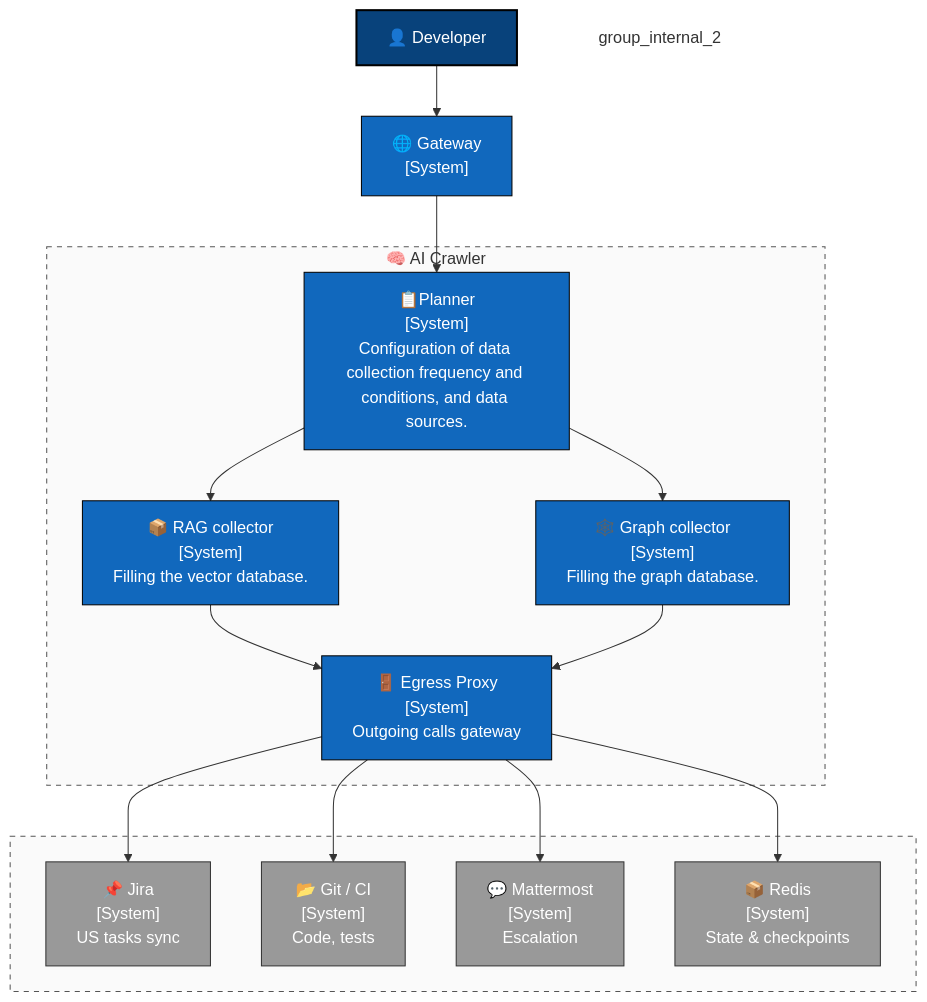
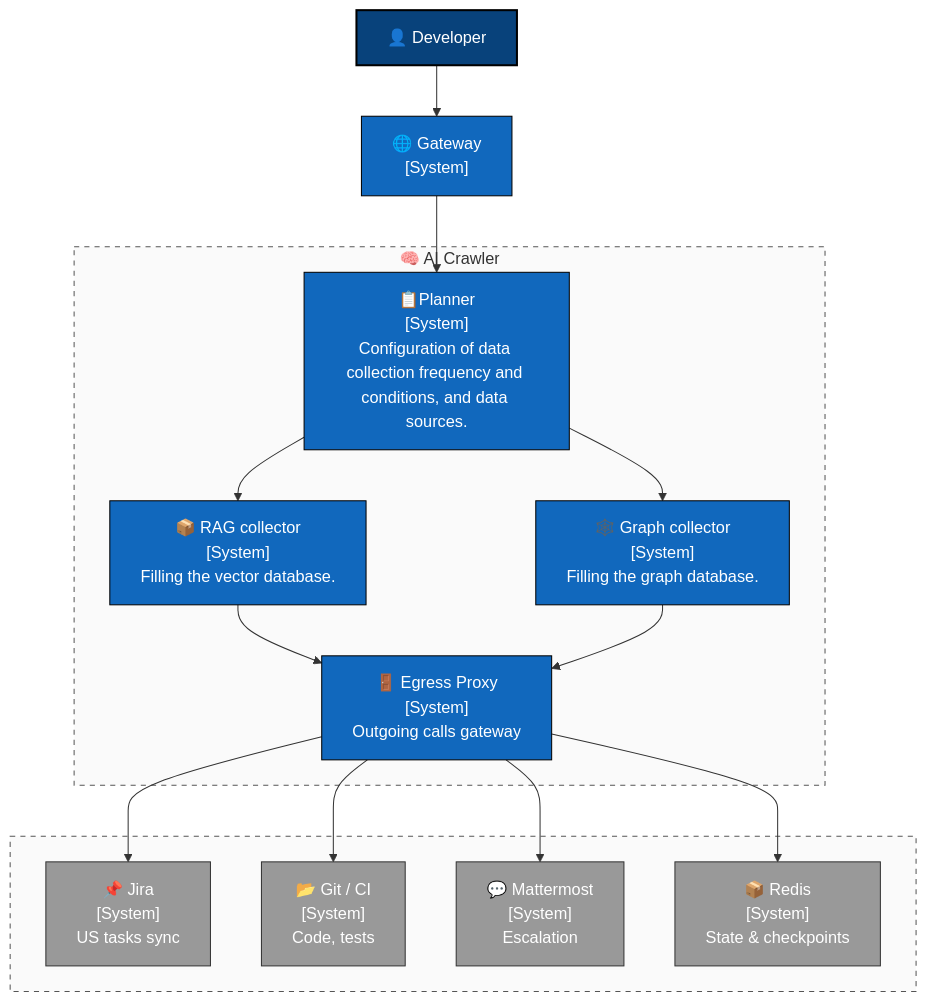
Before and after one commit to Kir-Za/MAS: the diagram in c4schemes_crawler/context_ai.mmd, drawn with Mermaid. The commit also changed 1 other file, not shown here.

```diff
--- a/c4schemes_crawler/context_ai.mmd
+++ b/c4schemes_crawler/context_ai.mmd
@@ -1,35 +1,34 @@
 flowchart TD
     classDef actor fill:#08427b,stroke:#000,color:#fff,stroke-width:2px;
     classDef system fill:#1168bd,stroke:#000,color:#fff;
     classDef container fill:#4DA0FF,stroke:#000,color:#000;
     classDef external fill:#999,stroke:#333,color:#fff;
 
     developer["👤 Developer"]:::actor
     gateway["🌐 Gateway<br/>[System]"]:::system
 
     subgraph group_internal_0["🧠 AI Crawler"]
         scheduler["📋Planner<br/>[System]<br/>Configuration of data collection frequency and conditions, and data sources."]:::system
         rag_collector["📦 RAG collector<br/>[System]<br/>Filling the vector database."]:::system
         graph_collector["🕸️ Graph collector<br/>[System]<br/>Filling the graph database."]:::system
         egress["🚪 Egress Proxy<br/>[System]<br/>Outgoing calls gateway"]:::system
     end
 
     subgraph group_external_1[" "]
         jira["📌 Jira<br/>[System]<br/>US tasks sync"]:::external
         git["📂 Git / CI<br/>[System]<br/>Code, tests"]:::external
         mattermost["💬 Mattermost<br/>[System]<br/>Escalation"]:::external
         redis["📦 Redis<br/>[System]<br/>State & checkpoints"]:::external
     end
 
     developer --> gateway --> scheduler
     scheduler --> rag_collector --> egress
     scheduler --> graph_collector --> egress
 
     egress --> jira
     egress --> git
     egress --> mattermost
     egress --> redis
 
     style group_internal_0 stroke:#555,stroke-dasharray: 5 5,fill:#f9f9f9,fill-opacity:0.8;
     style group_external_1 stroke:#555,stroke-dasharray: 5 5,fill:#f9f9f9,fill-opacity:0.8;
-    style group_internal_2 fill:none,stroke:none,stroke-width:0px;
```
